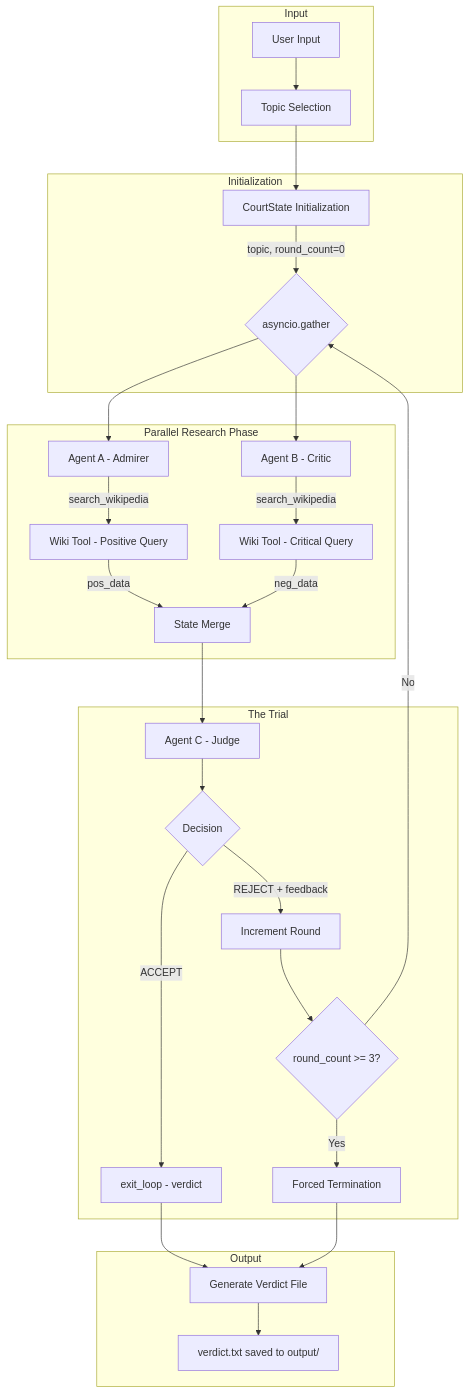
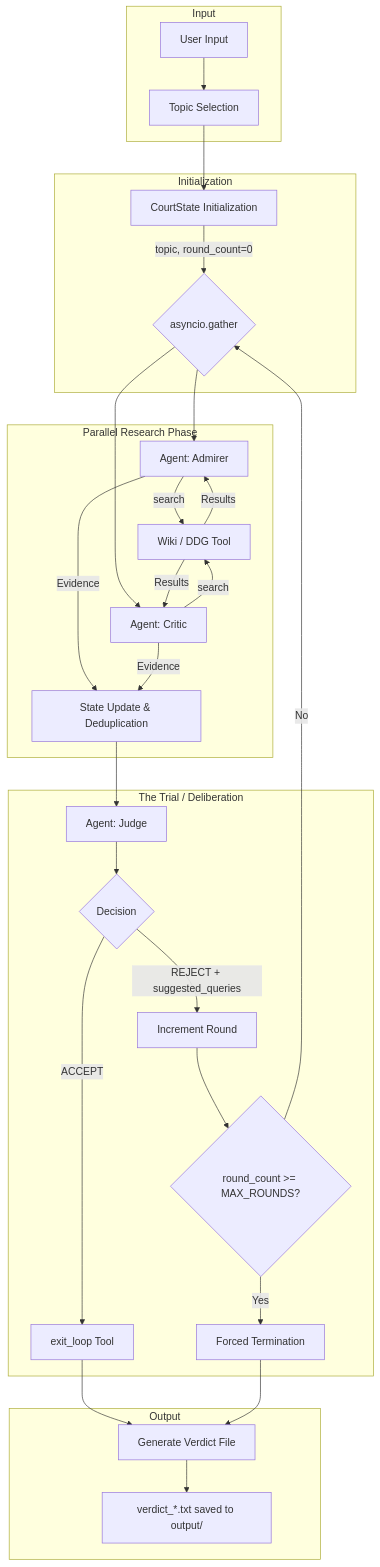
One commit to ct255/historical-court changed the diagram in docs/ARCHITECTURE.md. Above: the diagram before and after it, drawn with Mermaid. The commit also changed other lines of this file and 17 other files, not shown here.

````diff
--- a/docs/ARCHITECTURE.md
+++ b/docs/ARCHITECTURE.md
@@ -17,37 +18,39 @@
 ```mermaid
 flowchart TD
     subgraph Input
         U[User Input] --> T[Topic Selection]
     end
     
     subgraph Initialization
         T --> S[CourtState Initialization]
         S --> |topic, round_count=0| P
     end
     
     subgraph Parallel_Execution[Parallel Research Phase]
         P{asyncio.gather}
-        P --> A[Agent A - Admirer]
-        P --> B[Agent B - Critic]
-        A --> |search_wikipedia| WA[Wiki Tool - Positive Query]
-        B --> |search_wikipedia| WB[Wiki Tool - Critical Query]
-        WA --> |pos_data| SM[State Merge]
-        WB --> |neg_data| SM
+        P --> A[Agent: Admirer]
+        P --> B[Agent: Critic]
+        A --> |search| WT[Wiki / DDG Tool]
+        B --> |search| WT
+        WT --> |Results| A
+        WT --> |Results| B
+        A --> |Evidence| SM[State Update & Deduplication]
+        B --> |Evidence| SM
     end
     
-    subgraph Trial_Phase[The Trial]
-        SM --> J[Agent C - Judge]
+    subgraph Trial_Phase[The Trial / Deliberation]
+        SM --> J[Agent: Judge]
         J --> D{Decision}
-        D --> |REJECT + feedback| INC[Increment Round]
-        INC --> RC{round_count >= 3?}
+        D --> |REJECT + suggested_queries| INC[Increment Round]
+        INC --> RC{round_count >= MAX_ROUNDS?}
         RC --> |No| P
         RC --> |Yes| FT[Forced Termination]
-        D --> |ACCEPT| EX[exit_loop - verdict]
+        D --> |ACCEPT| EX[exit_loop Tool]
     end
     
     subgraph Output
         EX --> V[Generate Verdict File]
         FT --> V
-        V --> F[verdict.txt saved to output/]
+        V --> F[verdict_*.txt saved to output/]
     end
 ```
````
